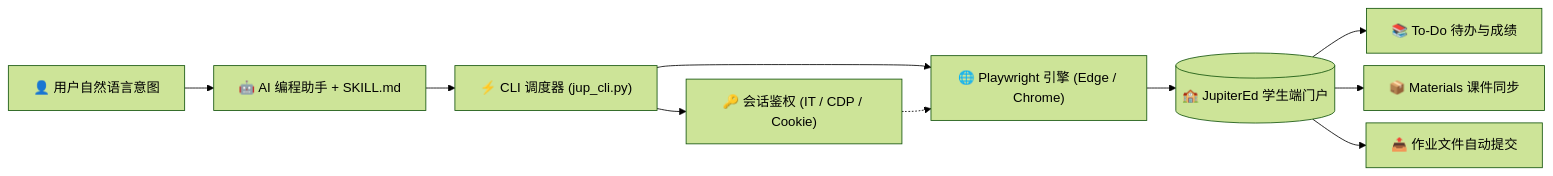
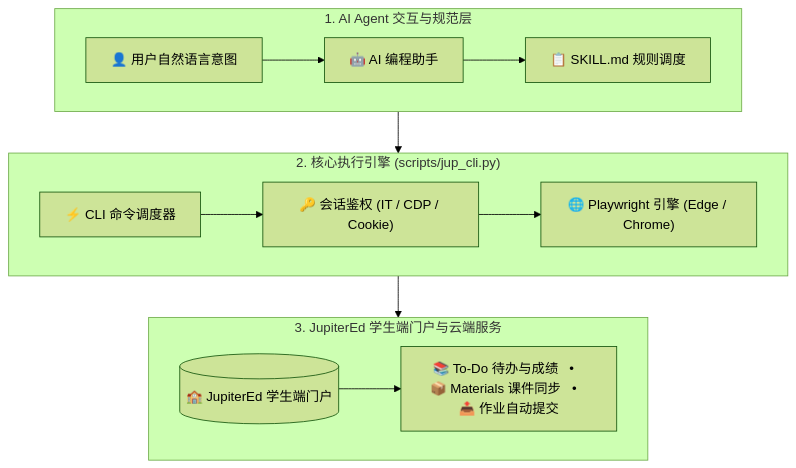
Before and after one commit to NMDX0721/jupitered-skills: the diagram in README_zh.md, drawn with Mermaid (forest theme). The commit also changed 1 other file, not shown here.

Commit message:
docs: use 3-tier widescreen layout to completely eliminate UI overlap

````diff
--- a/README_zh.md
+++ b/README_zh.md
@@ -58,19 +58,19 @@
 ```mermaid
-%%{init: {
-  "flowchart": {
-    "diagramPadding": 45,
-    "nodeSpacing": 15,
-    "rankSpacing": 35
-  }
-}}%%
-flowchart LR
-    User["👤 用户自然语言意图"] --> Agent["🤖 AI 编程助手 + SKILL.md"]
-    Agent --> CLI["⚡ CLI 调度器 (jup_cli.py)"]
-    CLI --> Auth["🔑 会话鉴权 (IT / CDP / Cookie)"]
-    CLI --> Browser["🌐 Playwright 引擎 (Edge / Chrome)"]
-    Auth -.-> Browser
-    Browser --> Portal[("🏫 JupiterEd 学生端门户")]
-    Portal --> ToDo["📚 To-Do 待办与成绩"]
-    Portal --> Mat["📦 Materials 课件同步"]
-    Portal --> TurnIn["📤 作业文件自动提交"]
+flowchart TD
+    subgraph L1 ["1. AI Agent 交互与规范层"]
+        direction LR
+        User["👤 用户自然语言意图"] --> Agent["🤖 AI 编程助手"] --> Skill["📋 SKILL.md 规则调度"]
+    end
+    
+    subgraph L2 ["2. 核心执行引擎 (scripts/jup_cli.py)"]
+        direction LR
+        CLI["⚡ CLI 命令调度器"] --> Auth["🔑 会话鉴权 (IT / CDP / Cookie)"] --> Browser["🌐 Playwright 引擎 (Edge / Chrome)"]
+    end
+
+    subgraph L3 ["3. JupiterEd 学生端门户与云端服务"]
+        direction LR
+        Portal[("🏫 JupiterEd 学生端门户")] --> Actions["📚 To-Do 待办与成绩   •   📦 Materials 课件同步   •   📤 作业自动提交"]
+    end
+
+    L1 --> L2 --> L3
 ```
````
